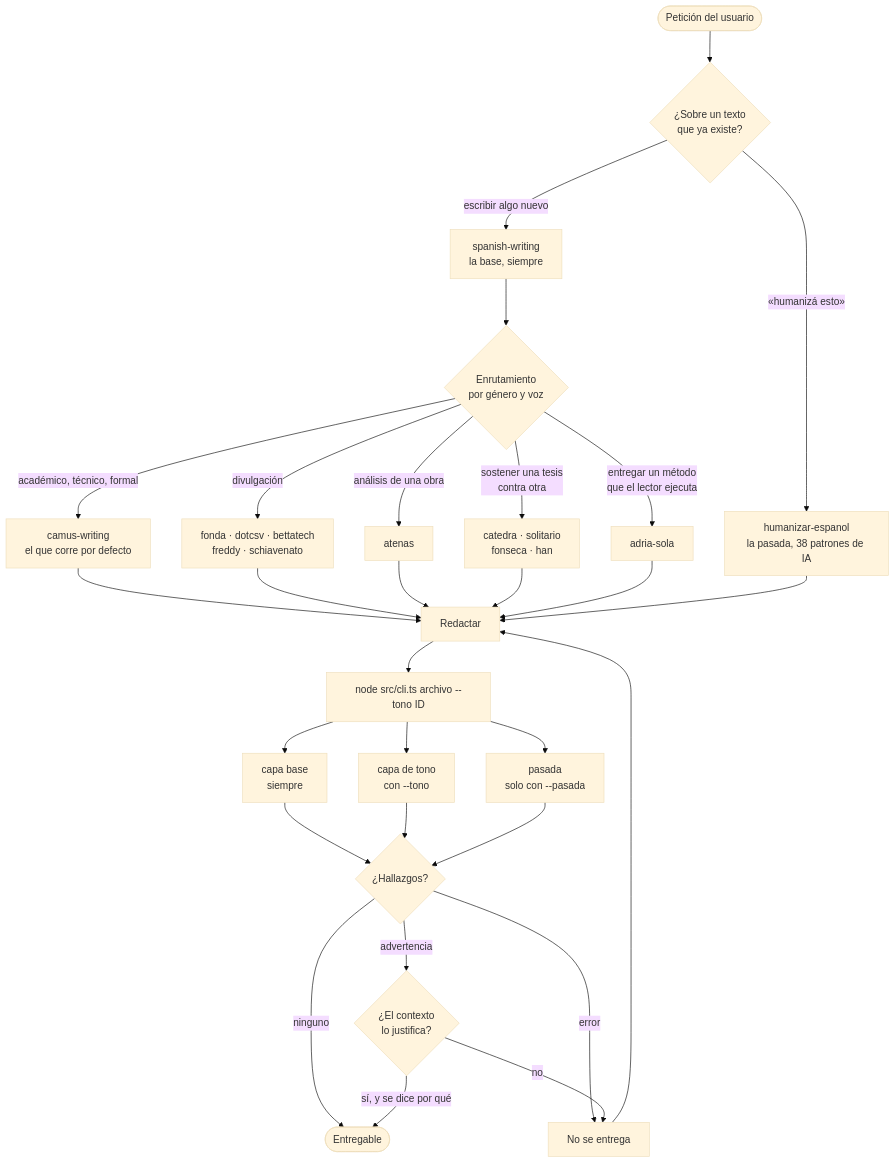
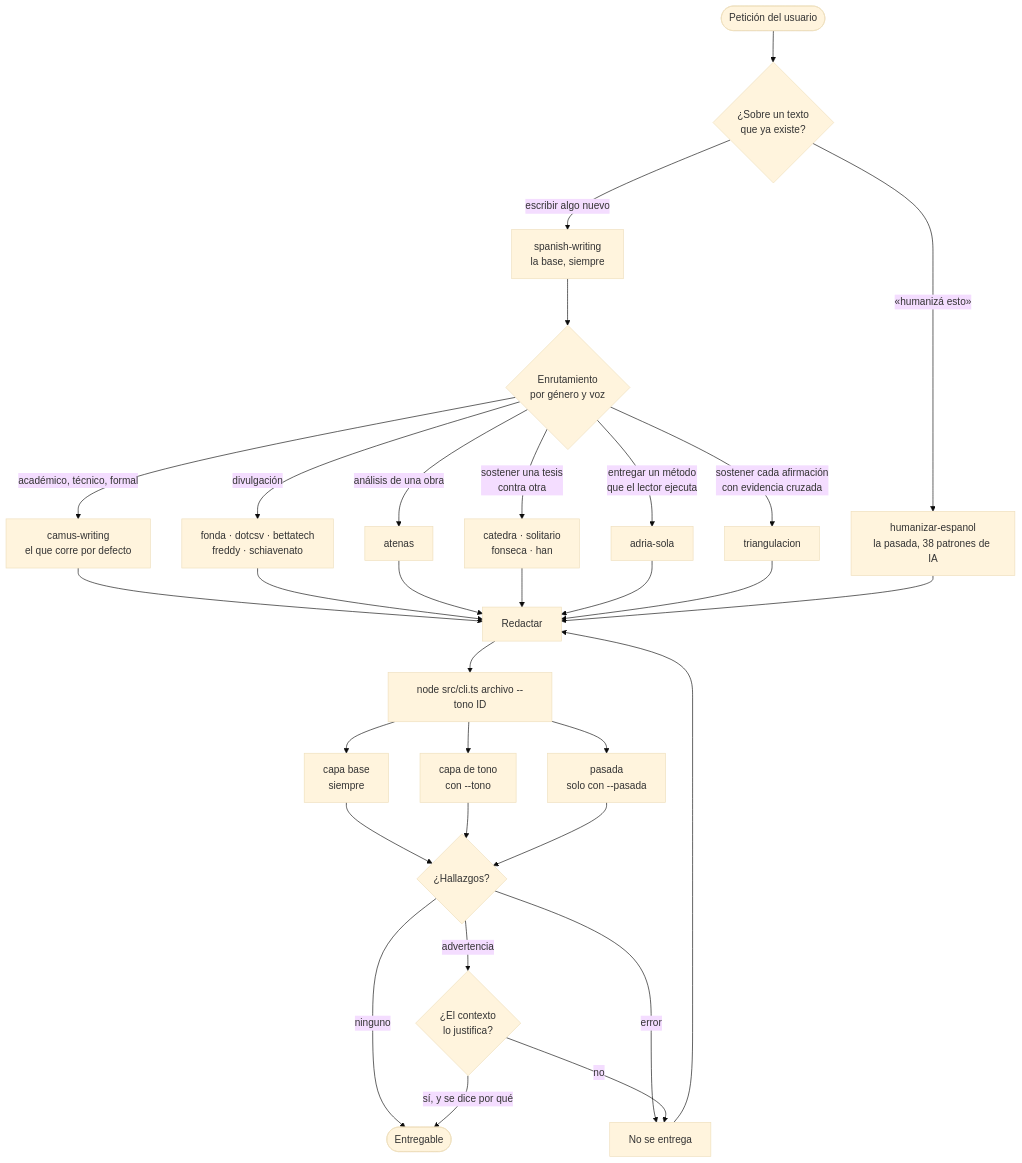
The first of 5 diagrams in README.md (diegnghtmr/writing-harness), drawn with Mermaid (base theme) before and after one commit. The commit also changed other lines of this file and 2 other files, not shown here.

````diff
--- a/README.md
+++ b/README.md
@@ -28,37 +28,39 @@
 ```mermaid
 flowchart TD
     U(["Petición del usuario"]) --> Q0{"¿Sobre un texto<br/>que ya existe?"}
 
     Q0 -->|"«humanizá esto»"| H["humanizar-espanol<br/>la pasada, 38 patrones de IA"]
     Q0 -->|"escribir algo nuevo"| B["spanish-writing<br/>la base, siempre"]
 
     B --> R{"Enrutamiento<br/>por género y voz"}
     R -->|"académico, técnico, formal"| T1["camus-writing<br/>el que corre por defecto"]
     R -->|"divulgación"| T2["fonda · dotcsv · bettatech<br/>freddy · schiavenato"]
     R -->|"análisis de una obra"| T3["atenas"]
     R -->|"sostener una tesis<br/>contra otra"| T4["catedra · solitario<br/>fonseca · han"]
     R -->|"entregar un método<br/>que el lector ejecuta"| T5["adria-sola"]
+    R -->|"sostener cada afirmación<br/>con evidencia cruzada"| T6["triangulacion"]
 
     T1 --> W["Redactar"]
     T2 --> W
     T3 --> W
     T4 --> W
     T5 --> W
+    T6 --> W
     H --> W
 
     W --> V["node src/cli.ts archivo --tono ID"]
     V --> C1["capa base<br/>siempre"]
     V --> C2["capa de tono<br/>con --tono"]
     V --> C3["pasada<br/>solo con --pasada"]
 
     C1 --> Q1{"¿Hallazgos?"}
     C2 --> Q1
     C3 --> Q1
 
     Q1 -->|"ninguno"| E(["Entregable"])
     Q1 -->|"error"| X["No se entrega"]
     Q1 -->|"advertencia"| Q2{"¿El contexto<br/>lo justifica?"}
     Q2 -->|"sí, y se dice por qué"| E
     Q2 -->|"no"| X
     X --> W
 ```
````
